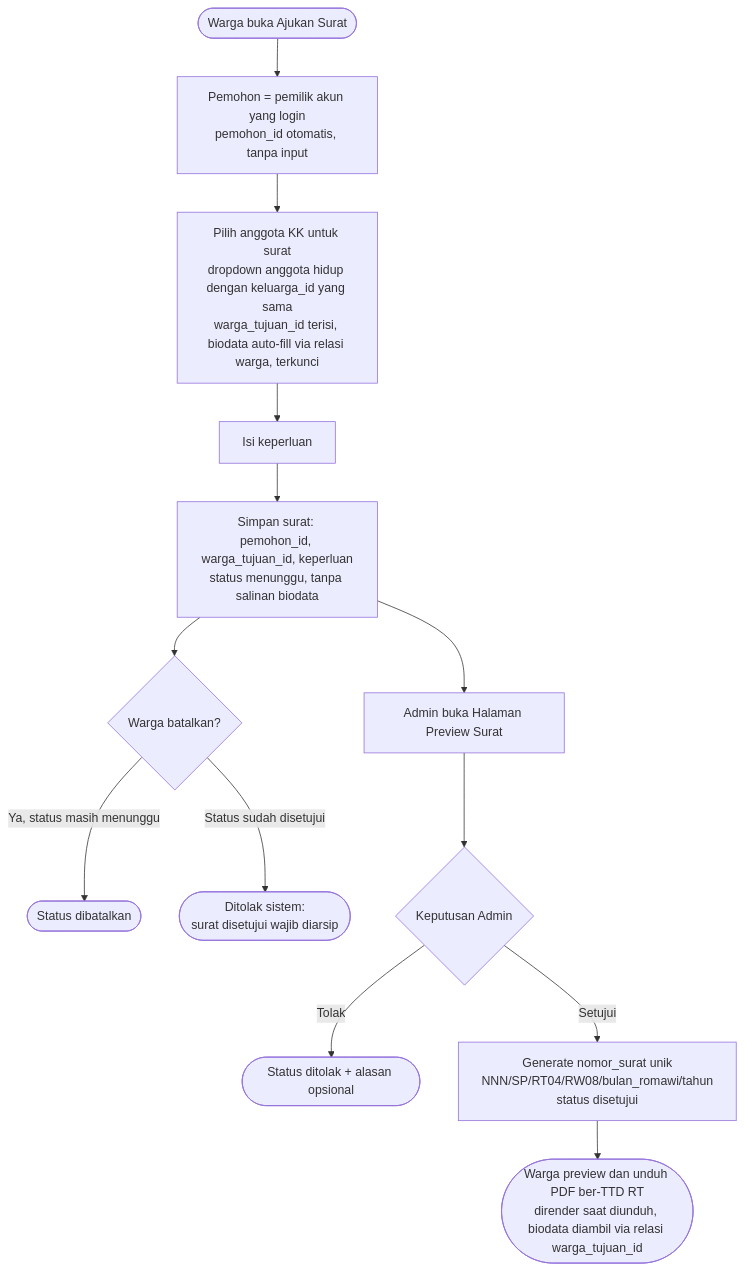
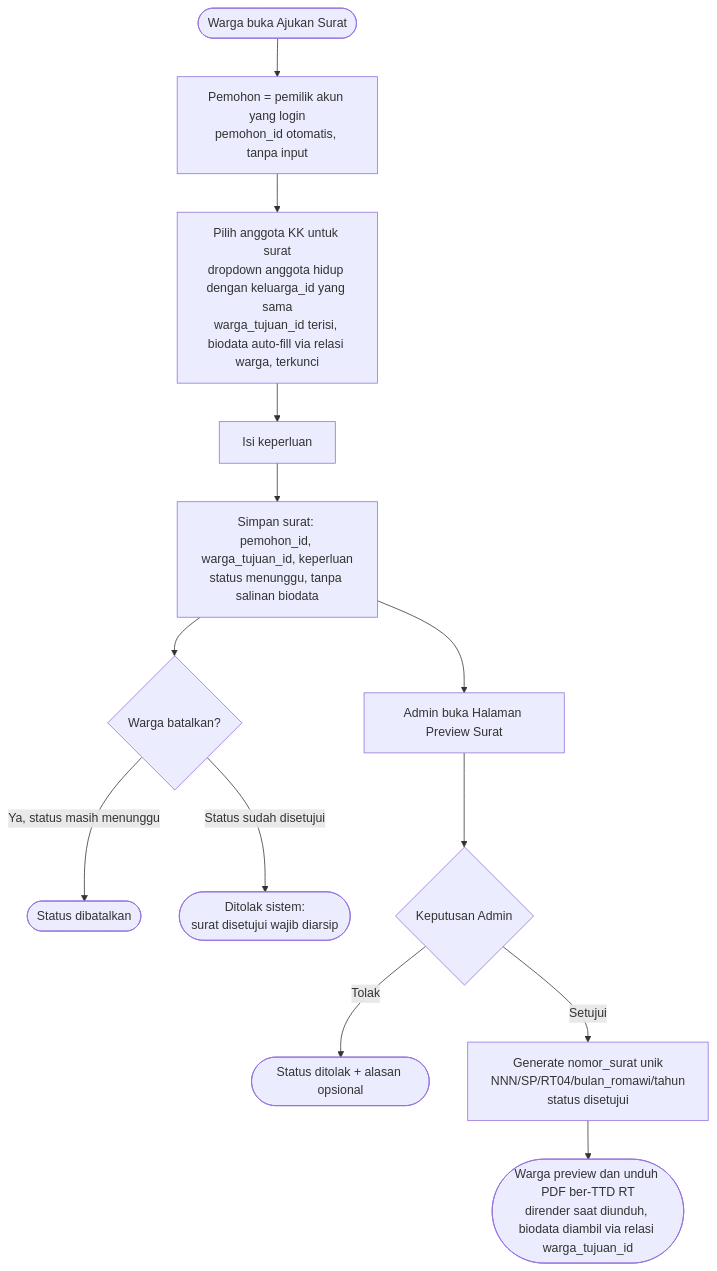
One commit to MUMUHR/WargaKu changed the tenth of 11 diagrams in Diagram_Arsitektur_Workflow_WargaKu.md. Above: the diagram before and after it, drawn with Mermaid. The commit also changed other lines of this file and 25 other files, not shown here.

````diff
--- a/Diagram_Arsitektur_Workflow_WargaKu.md
+++ b/Diagram_Arsitektur_Workflow_WargaKu.md
@@ -367,17 +367,17 @@
 ```mermaid
 flowchart TD
     Start(["Warga buka Ajukan Surat"]) --> Pemohon["Pemohon = pemilik akun yang login<br/>pemohon_id otomatis, tanpa input"]
     Pemohon --> Tujuan["Pilih anggota KK untuk surat<br/>dropdown anggota hidup dengan keluarga_id yang sama<br/>warga_tujuan_id terisi, biodata auto-fill via relasi warga, terkunci"]
     Tujuan --> Kep["Isi keperluan"]
     Kep --> Simpan["Simpan surat: pemohon_id, warga_tujuan_id, keperluan<br/>status menunggu, tanpa salinan biodata"]
 
     Simpan --> Batal{"Warga batalkan?"}
     Batal -- "Ya, status masih menunggu" --> Dibatal(["Status dibatalkan"])
     Batal -- "Status sudah disetujui" --> Blok(["Ditolak sistem:<br/>surat disetujui wajib diarsip"])
 
     Simpan --> Preview["Admin buka Halaman Preview Surat"]
     Preview --> Putus{"Keputusan Admin"}
     Putus -- "Tolak" --> Tolak(["Status ditolak + alasan opsional"])
-    Putus -- "Setujui" --> NoSurat["Generate nomor_surat unik<br/>NNN/SP/RT04/RW08/bulan_romawi/tahun<br/>status disetujui"]
+    Putus -- "Setujui" --> NoSurat["Generate nomor_surat unik<br/>NNN/SP/RT04/bulan_romawi/tahun<br/>status disetujui"]
     NoSurat --> Unduh(["Warga preview dan unduh PDF ber-TTD RT<br/>dirender saat diunduh, biodata diambil via relasi warga_tujuan_id"])
 ```
````
